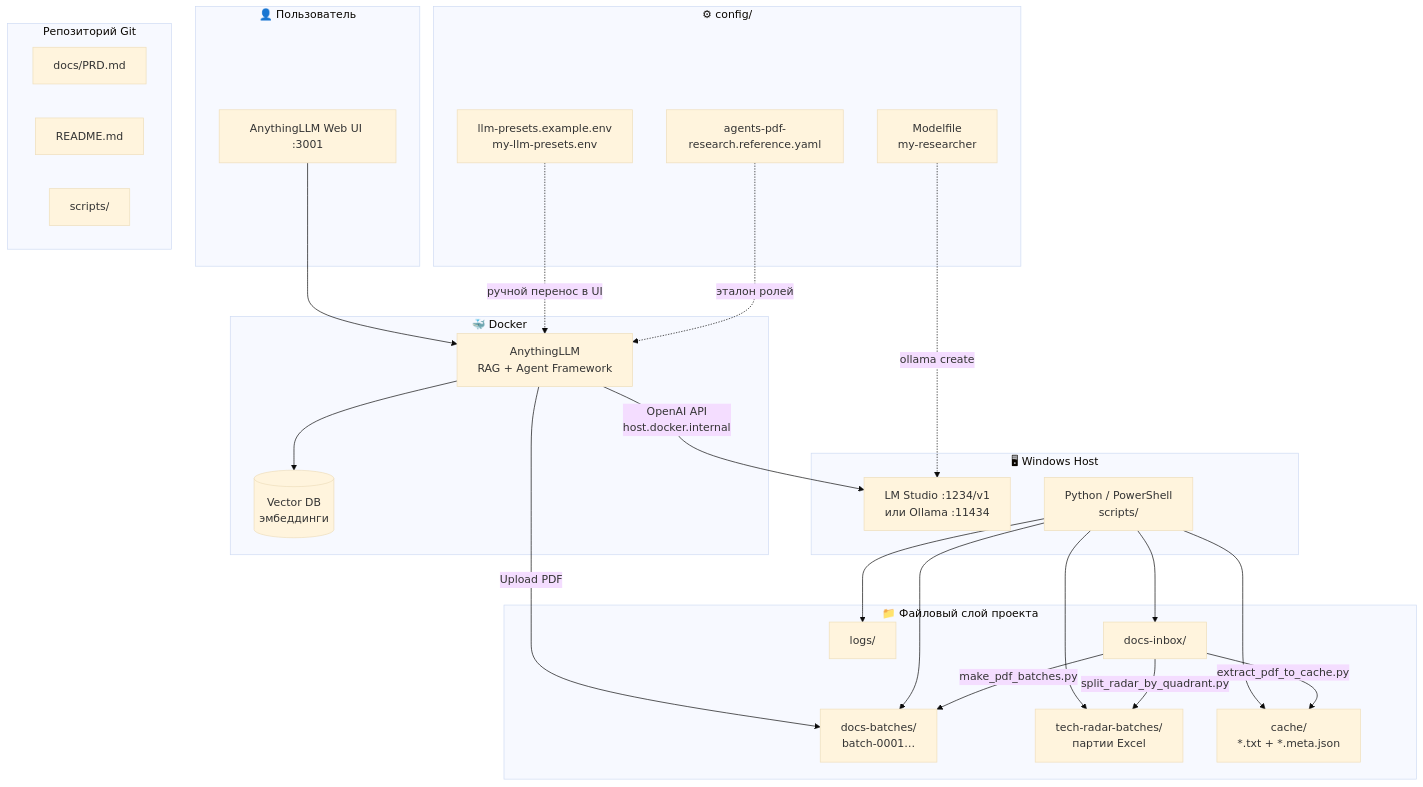
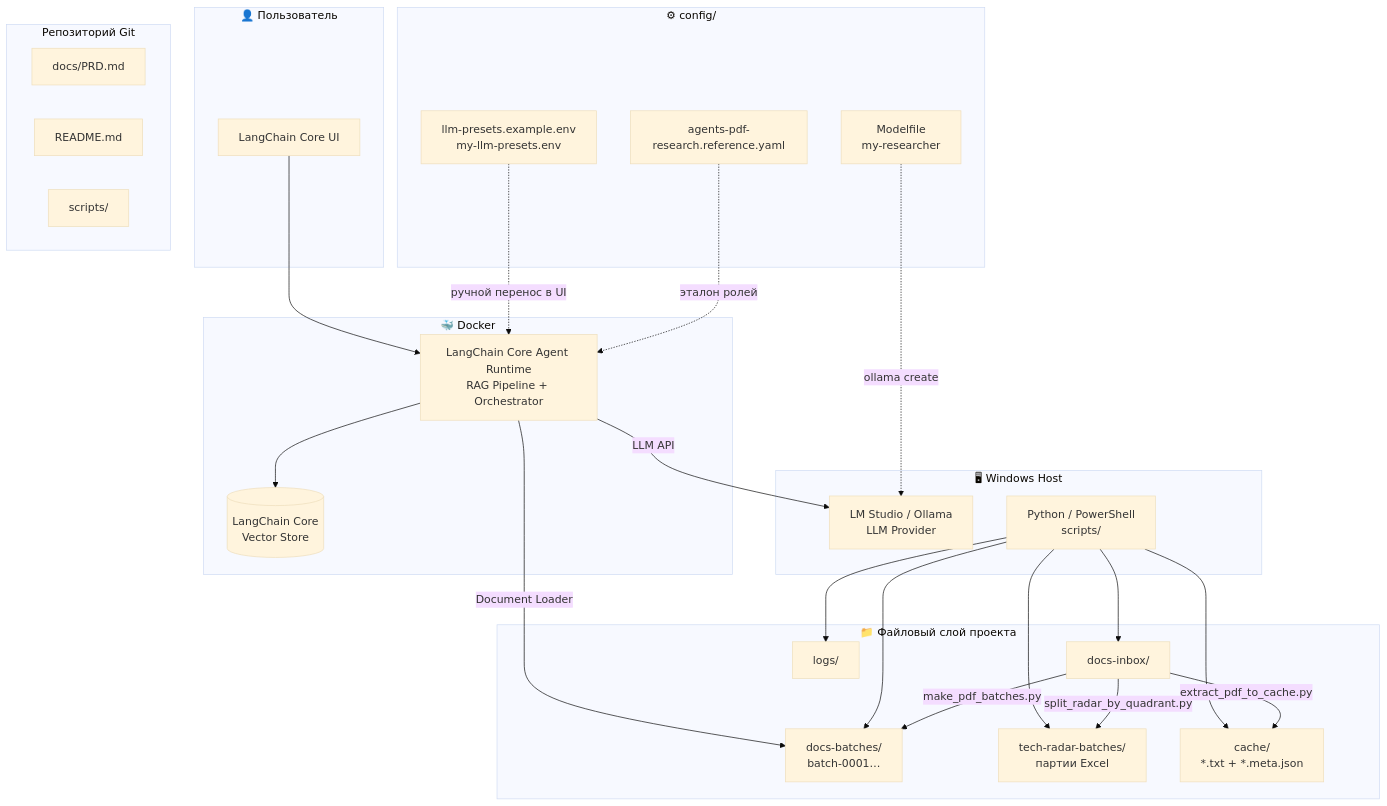
The first of 6 diagrams in docs/PRD.md (Boldurev16/TR-Agent), drawn with Mermaid (base theme) before and after one commit. The commit also changed other lines of this file and 1 other file, not shown here.

Commit message:
Replace AnythingLLM with LangChain Core components and remove port references (PRD v1.0.3).

````diff
--- a/docs/PRD.md
+++ b/docs/PRD.md
@@ -179,55 +179,55 @@
 ```mermaid
 flowchart TB
     subgraph USER["👤 Пользователь"]
-        UI["AnythingLLM Web UI :3001"]
+        UI["LangChain Core UI"]
     end
 
     subgraph HOST["🖥 Windows Host"]
-        LM["LM Studio :1234/v1<br/>или Ollama :11434"]
+        LM["LM Studio / Ollama<br/>LLM Provider"]
         SCRIPTS["Python / PowerShell<br/>scripts/"]
     end
 
     subgraph DOCKER["🐳 Docker"]
-        ALLM["AnythingLLM<br/>RAG + Agent Framework"]
-        VDB[("Vector DB<br/>эмбеддинги")]
+        RUNTIME["LangChain Core Agent Runtime<br/>RAG Pipeline + Orchestrator"]
+        VDB[("LangChain Core<br/>Vector Store")]
     end
 
     subgraph DATA["📁 Файловый слой проекта"]
         INBOX["docs-inbox/"]
         BATCHES["docs-batches/<br/>batch-0001…"]
         KB["tech-radar-batches/<br/>партии Excel"]
         CACHE["cache/<br/>*.txt + *.meta.json"]
         LOGS["logs/"]
     end
 
     subgraph CONFIG["⚙ config/"]
         ENV["llm-presets.example.env<br/>my-llm-presets.env"]
         MF["Modelfile<br/>my-researcher"]
         YAML["agents-pdf-research.reference.yaml"]
     end
 
     subgraph GIT["Репозиторий Git"]
         DOCS["docs/PRD.md"]
         README["README.md"]
         CODE["scripts/"]
     end
 
-    UI --> ALLM
-    ALLM -->|"OpenAI API<br/>host.docker.internal"| LM
-    ALLM --> VDB
-    ALLM -->|"Upload PDF"| BATCHES
+    UI --> RUNTIME
+    RUNTIME -->|"LLM API"| LM
+    RUNTIME --> VDB
+    RUNTIME -->|"Document Loader"| BATCHES
 
     SCRIPTS --> INBOX
     SCRIPTS --> BATCHES
     SCRIPTS --> KB
     SCRIPTS --> CACHE
     SCRIPTS --> LOGS
 
     INBOX -->|"make_pdf_batches.py"| BATCHES
     INBOX -->|"split_radar_by_quadrant.py"| KB
     INBOX -->|"extract_pdf_to_cache.py"| CACHE
 
-    ENV -.->|"ручной перенос в UI"| ALLM
+    ENV -.->|"ручной перенос в UI"| RUNTIME
     MF -.->|"ollama create"| LM
-    YAML -.->|"эталон ролей"| ALLM
+    YAML -.->|"эталон ролей"| RUNTIME
 ```
````
